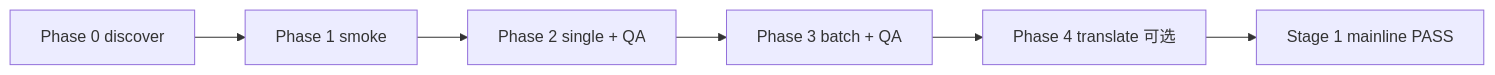
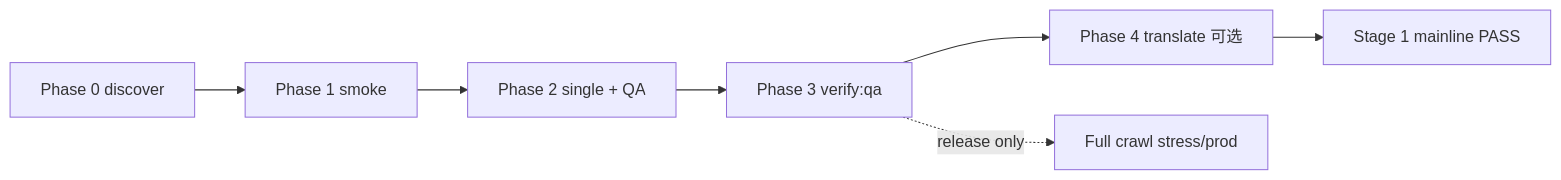
The first of 2 diagrams in workflows/stage1_source_library.md (yknothing/agent-docs), drawn with Mermaid before and after one commit. The commit also changed other lines of this file and 6 other files, not shown here.

````diff
--- a/workflows/stage1_source_library.md
+++ b/workflows/stage1_source_library.md
@@ -21,8 +21,9 @@
 ```mermaid
 flowchart LR
   P0[Phase 0 discover] --> P1[Phase 1 smoke]
   P1 --> P2[Phase 2 single + QA]
-  P2 --> P3[Phase 3 batch + QA]
+  P2 --> P3[Phase 3 verify:qa]
   P3 --> P4[Phase 4 translate 可选]
   P4 --> DONE[Stage 1 mainline PASS]
+  P3 -.->|release only| STRESS[Full crawl stress/prod]
 ```
````
